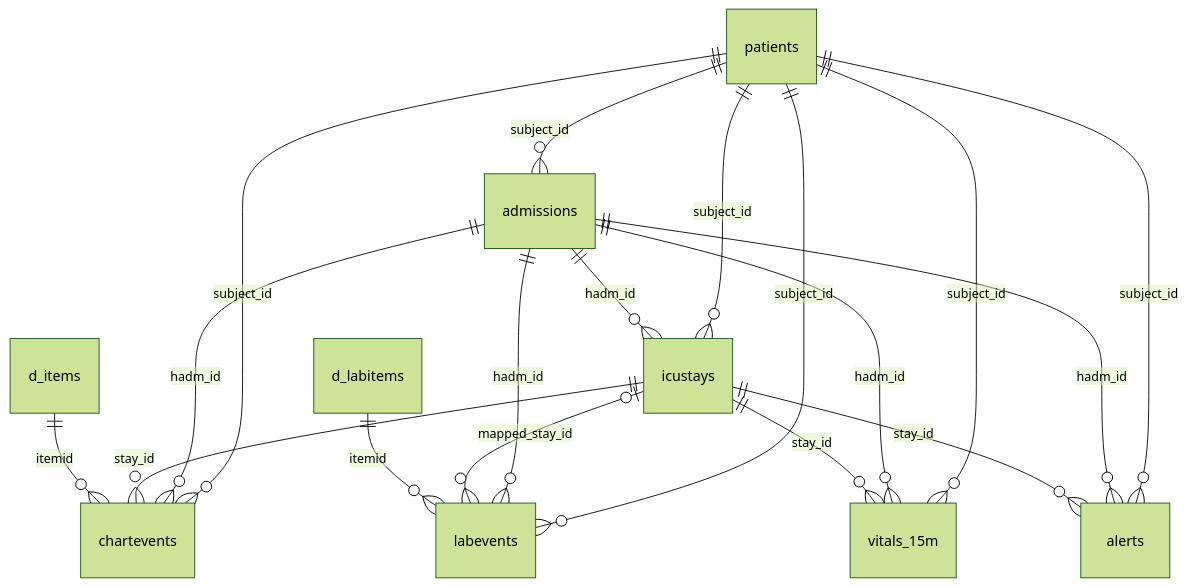
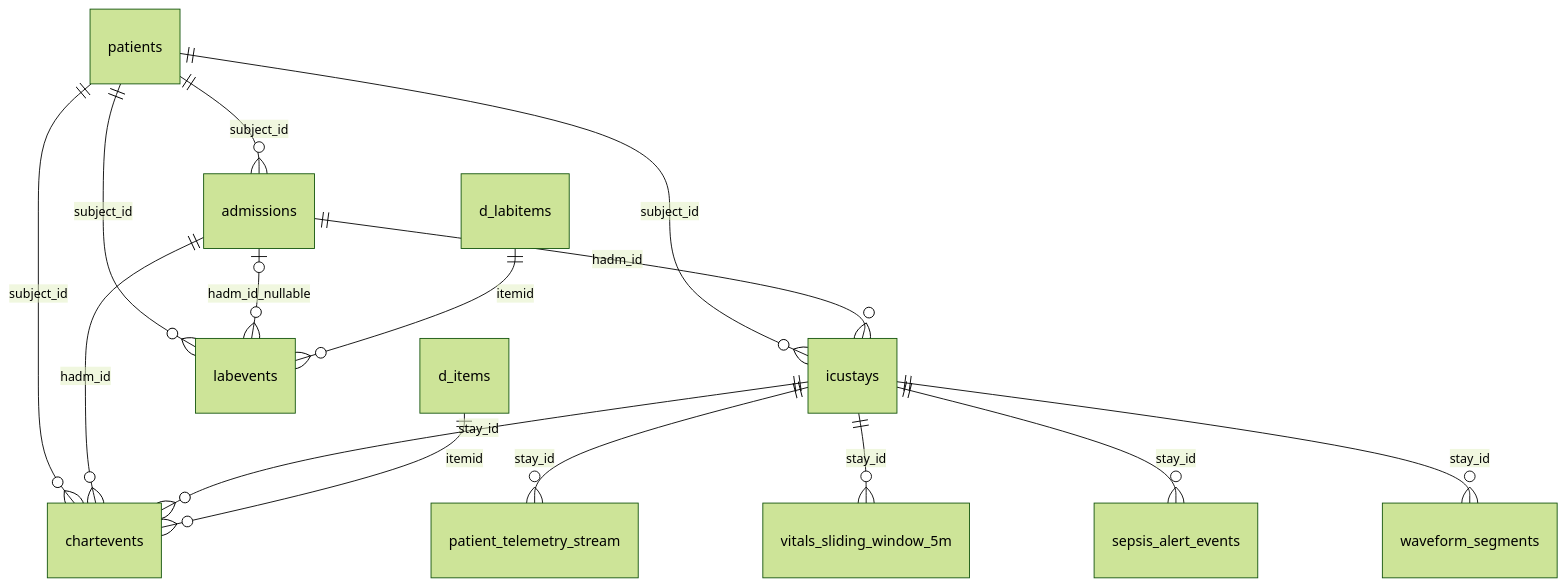
Before and after one commit to Fatman-003/Project-DataEngineering-ICU-Streaming: the diagram in docs/DATABASE_DESIGN.md, drawn with Mermaid (forest theme). The commit also changed other lines of this file and 40 other files, not shown here.

Commit message:
feat(icu): migrate Kafka contracts, TimescaleDB schema and documentation

````diff
--- a/docs/DATABASE_DESIGN.md
+++ b/docs/DATABASE_DESIGN.md
@@ -42,20 +31,17 @@
 ```mermaid
 erDiagram
     patients ||--o{ admissions : subject_id
     patients ||--o{ icustays : subject_id
     admissions ||--o{ icustays : hadm_id
     patients ||--o{ chartevents : subject_id
     admissions ||--o{ chartevents : hadm_id
     icustays ||--o{ chartevents : stay_id
     d_items ||--o{ chartevents : itemid
     patients ||--o{ labevents : subject_id
-    admissions ||--o{ labevents : hadm_id
-    icustays |o--o{ labevents : mapped_stay_id
+    admissions |o--o{ labevents : hadm_id_nullable
     d_labitems ||--o{ labevents : itemid
-    patients ||--o{ vitals_15m : subject_id
-    admissions ||--o{ vitals_15m : hadm_id
-    icustays ||--o{ vitals_15m : stay_id
-    patients ||--o{ alerts : subject_id
-    admissions ||--o{ alerts : hadm_id
-    icustays ||--o{ alerts : stay_id
+    icustays ||--o{ patient_telemetry_stream : stay_id
+    icustays ||--o{ vitals_sliding_window_5m : stay_id
+    icustays ||--o{ sepsis_alert_events : stay_id
+    icustays ||--o{ waveform_segments : stay_id
 ```
````
